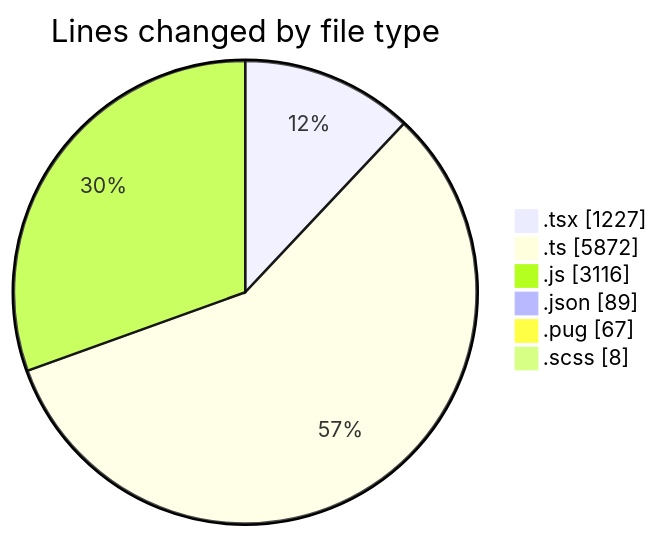
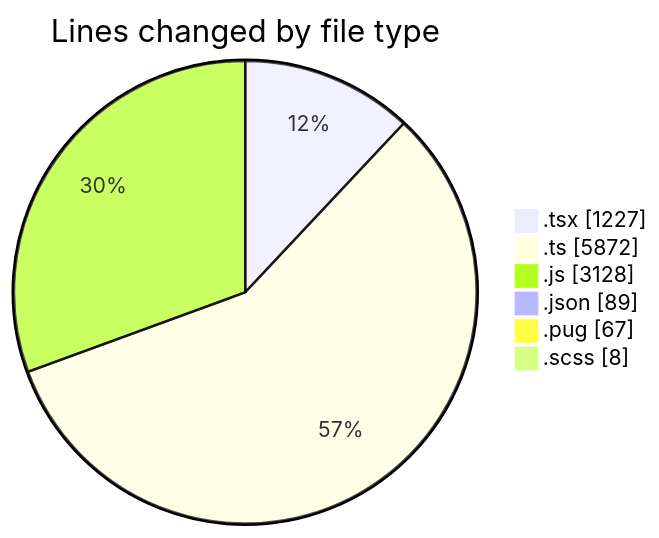
Before and after one commit to momahboobian/code-tracking: the first of 2 diagrams in 2025-03-24/cda/README.md, drawn with Mermaid. The commit also changed other lines of this file and 1 other file, not shown here.

````diff
--- a/2025-03-24/cda/README.md
+++ b/2025-03-24/cda/README.md
@@ -41,10 +41,10 @@
 ```mermaid
 pie showData
 title Lines changed by file type
 ".tsx" : 1227
 ".ts" : 5872
-".js" : 3116
+".js" : 3128
 ".json" : 89
 ".pug" : 67
 ".scss" : 8
 ```
````
